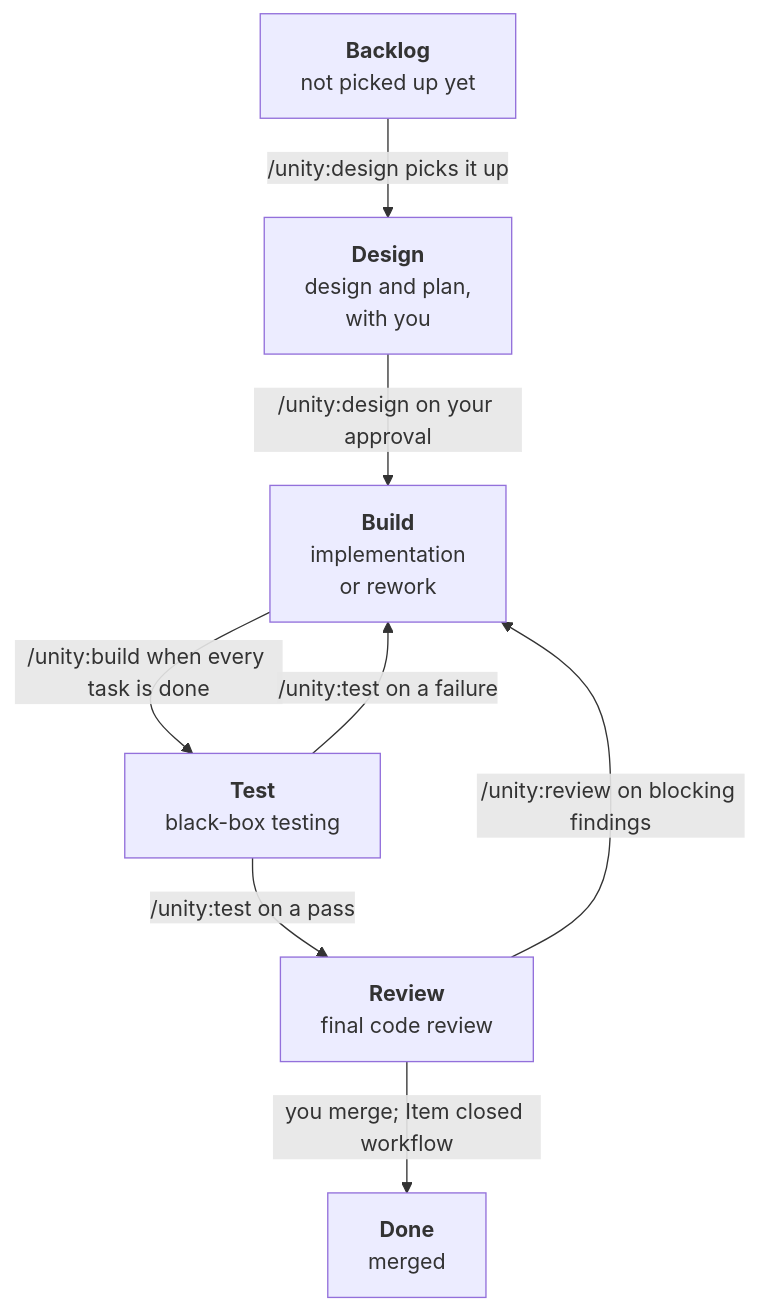
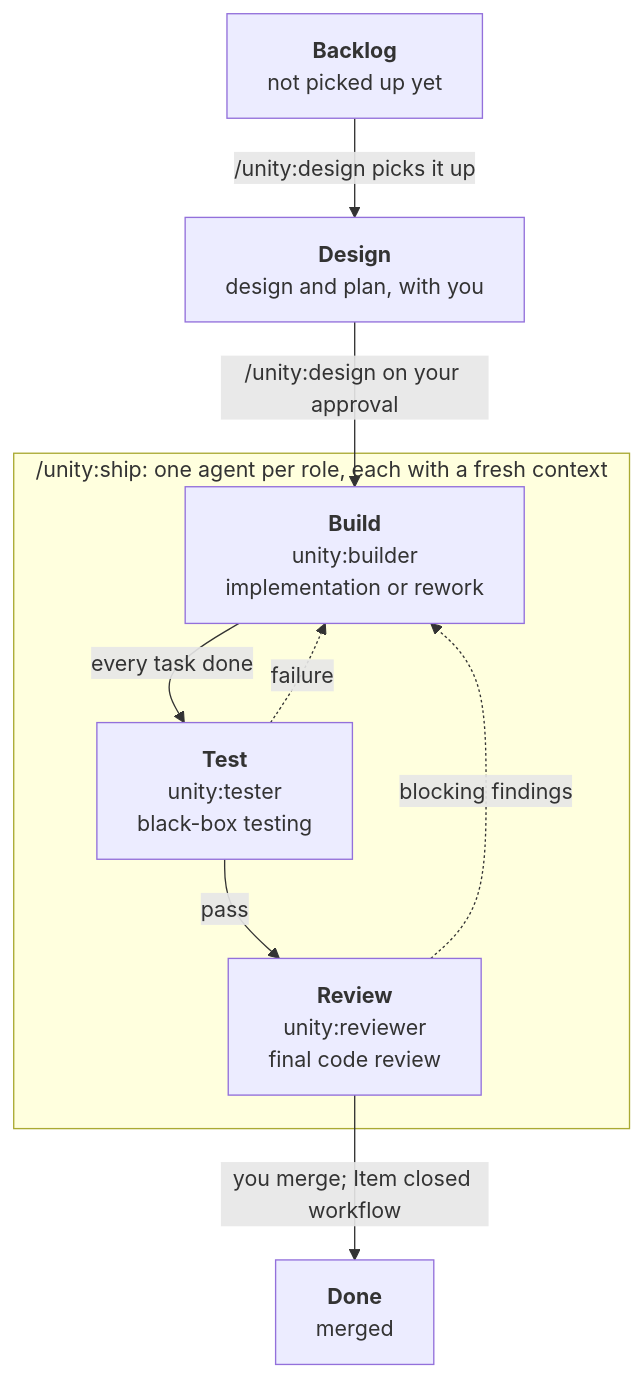
The diagram in README.md (vanesterik/unity), drawn with Mermaid before and after one commit. The commit also changed other lines of this file and 2 other files, not shown here.

First line of the commit message:
Describe the agents and /unity:ship in the README and the template

````diff
--- a/README.md
+++ b/README.md
@@ -110,17 +106,20 @@
 ```mermaid
 flowchart TB
     Backlog["<b>Backlog</b><br/>not picked up yet"]
-    Design["<b>Design</b><br/>design and plan,<br/>with you"]
-    Build["<b>Build</b><br/>implementation<br/>or rework"]
-    Test["<b>Test</b><br/>black-box testing"]
-    Review["<b>Review</b><br/>final code review"]
+    Design["<b>Design</b><br/>design and plan, with you"]
     Done["<b>Done</b><br/>merged"]
+
+    subgraph ship ["/unity:ship: one agent per role, each with a fresh context"]
+        Build["<b>Build</b><br/>unity:builder<br/>implementation or rework"]
+        Test["<b>Test</b><br/>unity:tester<br/>black-box testing"]
+        Review["<b>Review</b><br/>unity:reviewer<br/>final code review"]
+    end
 
     Backlog -->|"/unity:design picks it up"| Design
     Design -->|"/unity:design on your approval"| Build
-    Build -->|"/unity:build when every task is done"| Test
-    Test -->|"/unity:test on a pass"| Review
-    Test -->|"/unity:test on a failure"| Build
-    Review -->|"/unity:review on blocking findings"| Build
+    Build -->|"every task done"| Test
+    Test -->|"pass"| Review
+    Test -.->|"failure"| Build
+    Review -.->|"blocking findings"| Build
     Review -->|"you merge; Item closed workflow"| Done
 ```
````
